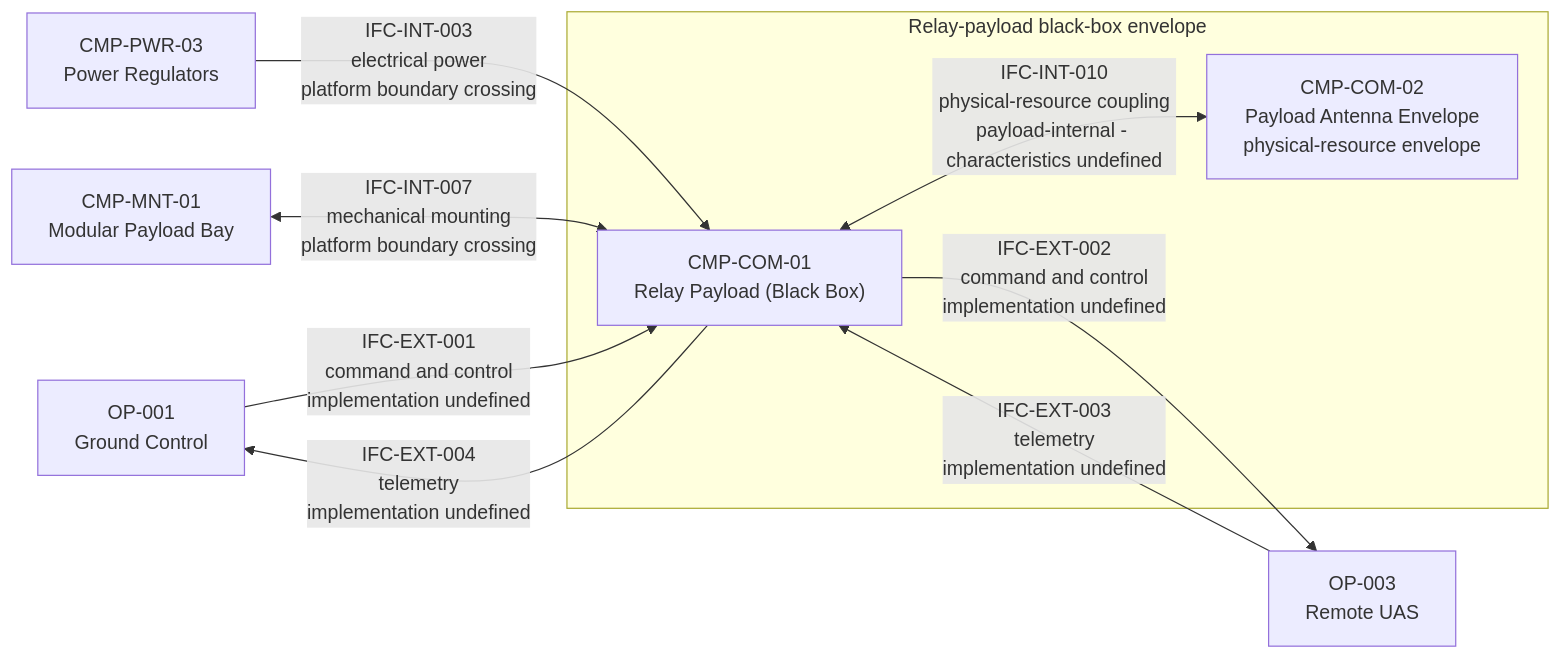
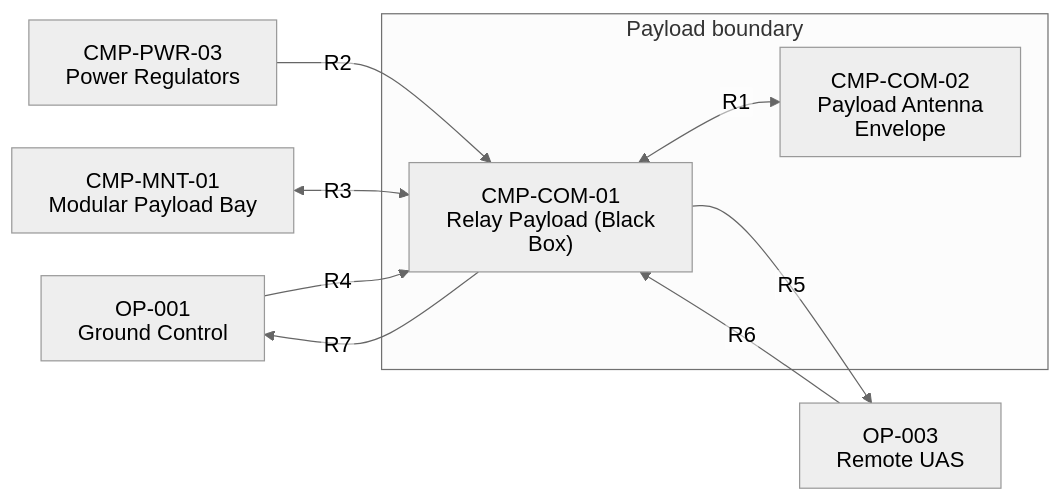
The sixth of 15 diagrams in docs/reference/architecture-atlas.md (noahstephenson/low-cost-relay-uas), drawn with Mermaid before and after one commit. The commit also changed other lines of this file and 22 other files, not shown here.

Commit message:
Teach the relay UAS architecture through a guided reading path and readable views

````diff
--- a/docs/reference/architecture-atlas.md
+++ b/docs/reference/architecture-atlas.md
@@ -177,19 +278,20 @@
 ```mermaid
+%%{init: {"theme": "neutral", "htmlLabels": false, "themeVariables": {"fontSize": "18px"}, "flowchart": {"htmlLabels": false, "nodeSpacing": 35, "rankSpacing": 45}}}%%
 flowchart LR
     %% Configuration scope: CFG-REP / CFG-DOM
     OP_001["OP-001<br/>Ground Control"]
     OP_003["OP-003<br/>Remote UAS"]
     CMP_PWR_03["CMP-PWR-03<br/>Power Regulators"]
     CMP_MNT_01["CMP-MNT-01<br/>Modular Payload Bay"]
-    subgraph PAYLOAD["Relay-payload black-box envelope"]
+    subgraph PAYLOAD["Payload boundary"]
         CMP_COM_01["CMP-COM-01<br/>Relay Payload (Black Box)"]
-        CMP_COM_02["CMP-COM-02<br/>Payload Antenna Envelope<br/>physical-resource envelope"]
-        CMP_COM_01 <-->|"IFC-INT-010<br/>physical-resource coupling<br/>payload-internal - characteristics undefined"| CMP_COM_02
+        CMP_COM_02["CMP-COM-02<br/>Payload Antenna Envelope"]
+        CMP_COM_01 <-->|"R1"| CMP_COM_02
     end
-    CMP_PWR_03 -->|"IFC-INT-003<br/>electrical power<br/>platform boundary crossing"| CMP_COM_01
-    CMP_MNT_01 <-->|"IFC-INT-007<br/>mechanical mounting<br/>platform boundary crossing"| CMP_COM_01
-    OP_001 -->|"IFC-EXT-001<br/>command and control<br/>implementation undefined"| CMP_COM_01
-    CMP_COM_01 -->|"IFC-EXT-002<br/>command and control<br/>implementation undefined"| OP_003
-    OP_003 -->|"IFC-EXT-003<br/>telemetry<br/>implementation undefined"| CMP_COM_01
-    CMP_COM_01 -->|"IFC-EXT-004<br/>telemetry<br/>implementation undefined"| OP_001
+    CMP_PWR_03 -->|"R2"| CMP_COM_01
+    CMP_MNT_01 <-->|"R3"| CMP_COM_01
+    OP_001 -->|"R4"| CMP_COM_01
+    CMP_COM_01 -->|"R5"| OP_003
+    OP_003 -->|"R6"| CMP_COM_01
+    CMP_COM_01 -->|"R7"| OP_001
 ```
````
